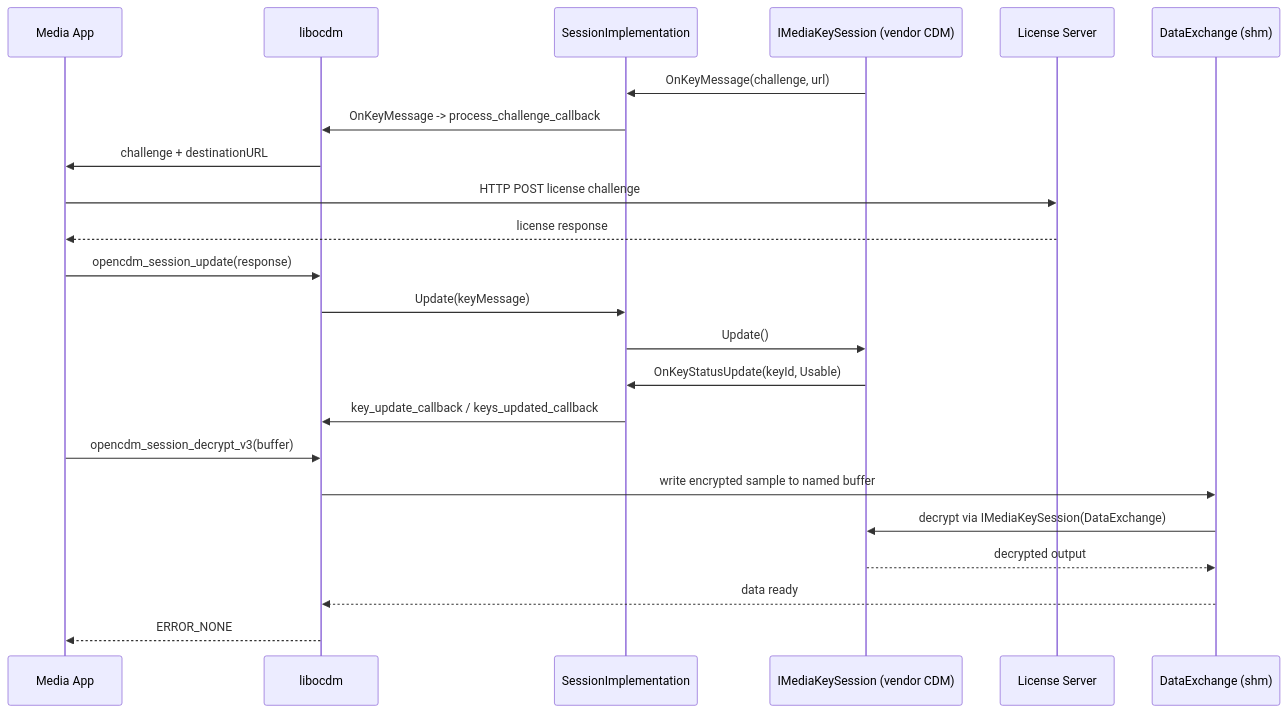
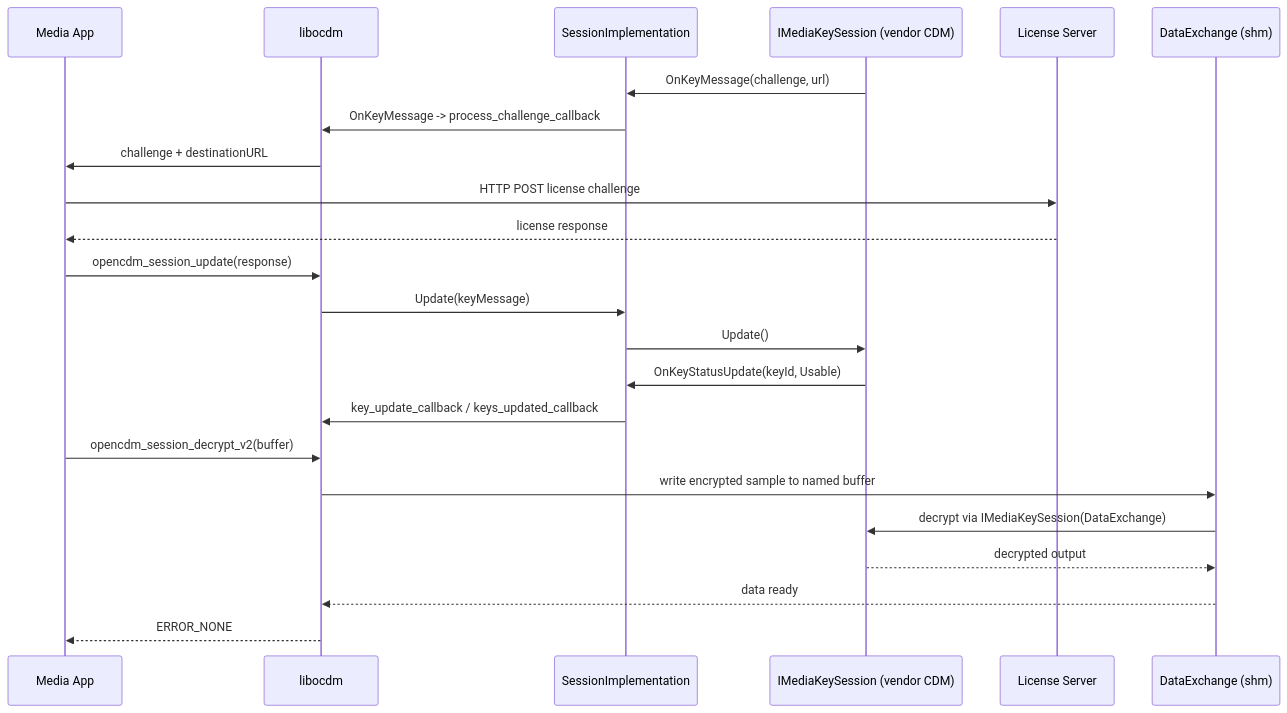
The fifth of 5 diagrams in docs/README.md (rdkcentral/entservices-opencdmi), drawn with Mermaid before and after one commit. The commit also changed other lines of this file, not shown here.

````diff
--- a/docs/README.md
+++ b/docs/README.md
@@ -208,27 +208,27 @@
 ```mermaid
 sequenceDiagram
     participant App as Media App
     participant LIB as libocdm
     participant SESS as SessionImplementation
     participant CDM as IMediaKeySession (vendor CDM)
     participant LicServer as License Server
     participant SHM as DataExchange (shm)
 
     CDM->>SESS: OnKeyMessage(challenge, url)
     SESS->>LIB: OnKeyMessage -> process_challenge_callback
     LIB->>App: challenge + destinationURL
     App->>LicServer: HTTP POST license challenge
     LicServer-->>App: license response
     App->>LIB: opencdm_session_update(response)
     LIB->>SESS: Update(keyMessage)
     SESS->>CDM: Update()
     CDM->>SESS: OnKeyStatusUpdate(keyId, Usable)
     SESS->>LIB: key_update_callback / keys_updated_callback
 
-    App->>LIB: opencdm_session_decrypt_v3(buffer)
+    App->>LIB: opencdm_session_decrypt_v2(buffer)
     LIB->>SHM: write encrypted sample to named buffer
     SHM->>CDM: decrypt via IMediaKeySession(DataExchange)
     CDM-->>SHM: decrypted output
     SHM-->>LIB: data ready
     LIB-->>App: ERROR_NONE
 ```
````
